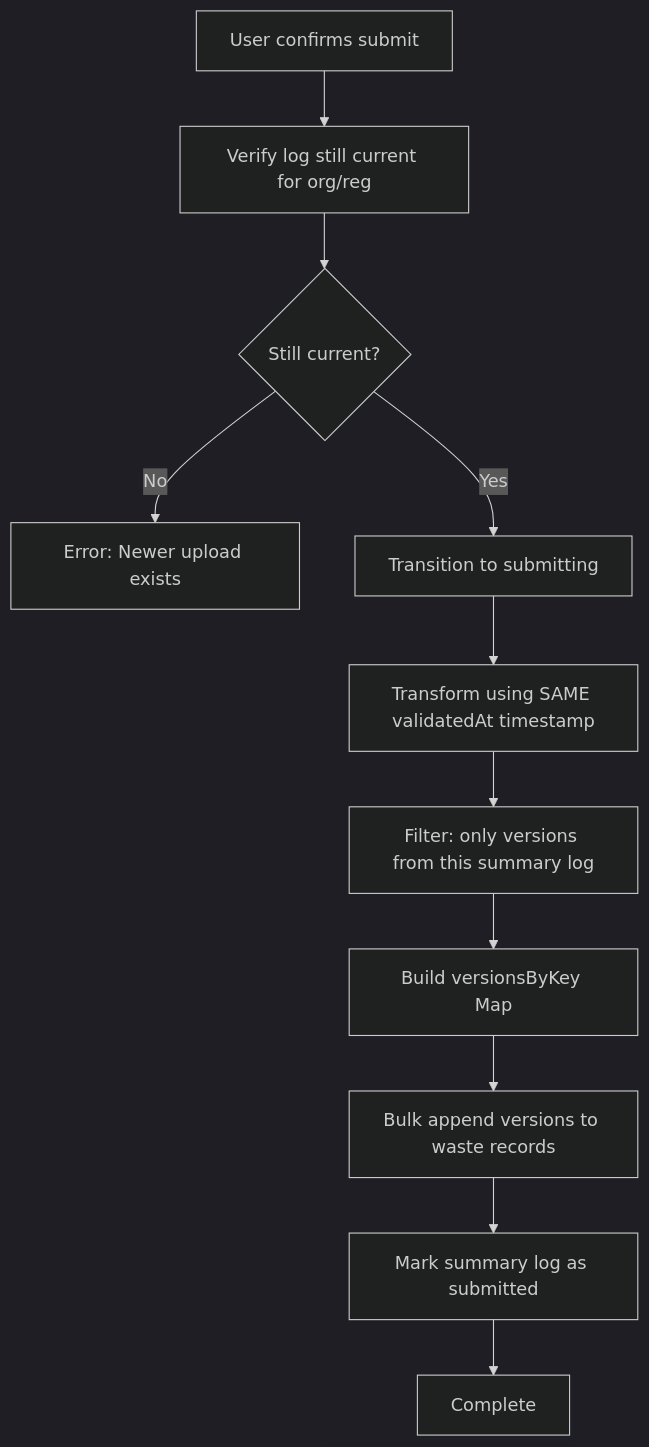
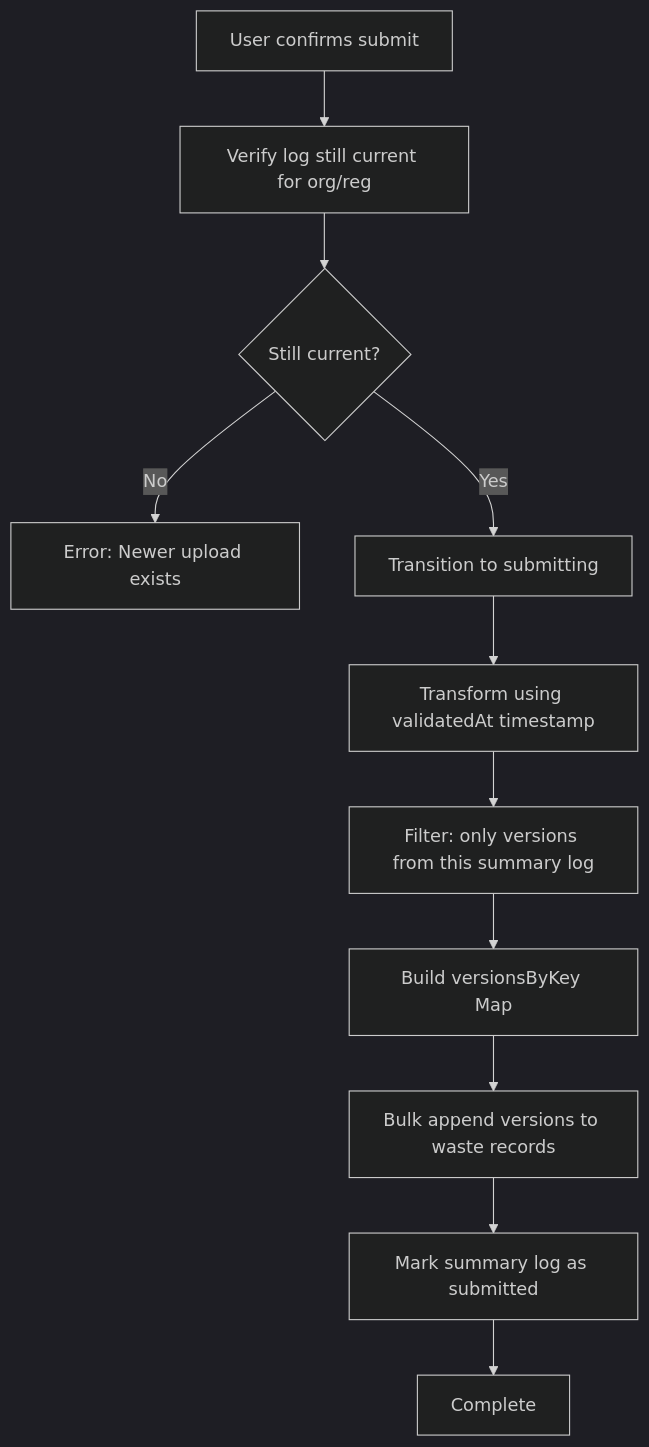
Before and after one commit to DEFRA/epr-backend: the sixth of 7 diagrams in docs/architecture/decisions/0021-concurrent-summary-log-submission.md, drawn with Mermaid (dark theme). The commit also changed other lines of this file, not shown here.

Commit message:
docs: reduce emphasis on validatedAt timestamp reuse in ADR 21

````diff
--- a/docs/architecture/decisions/0021-concurrent-summary-log-submission.md
+++ b/docs/architecture/decisions/0021-concurrent-summary-log-submission.md
@@ -256,13 +251,13 @@
 ```mermaid
 flowchart TD
     A[User confirms submit] --> B[Verify log still current for org/reg]
     B --> C{Still current?}
     C -->|No| D[Error: Newer upload exists]
     C -->|Yes| E[Transition to submitting]
-    E --> F[Transform using SAME validatedAt timestamp]
+    E --> F[Transform using validatedAt timestamp]
     F --> G[Filter: only versions from this summary log]
     G --> H[Build versionsByKey Map]
     H --> I[Bulk append versions to waste records]
     I --> J[Mark summary log as submitted]
     J --> K[Complete]
 ```
````
